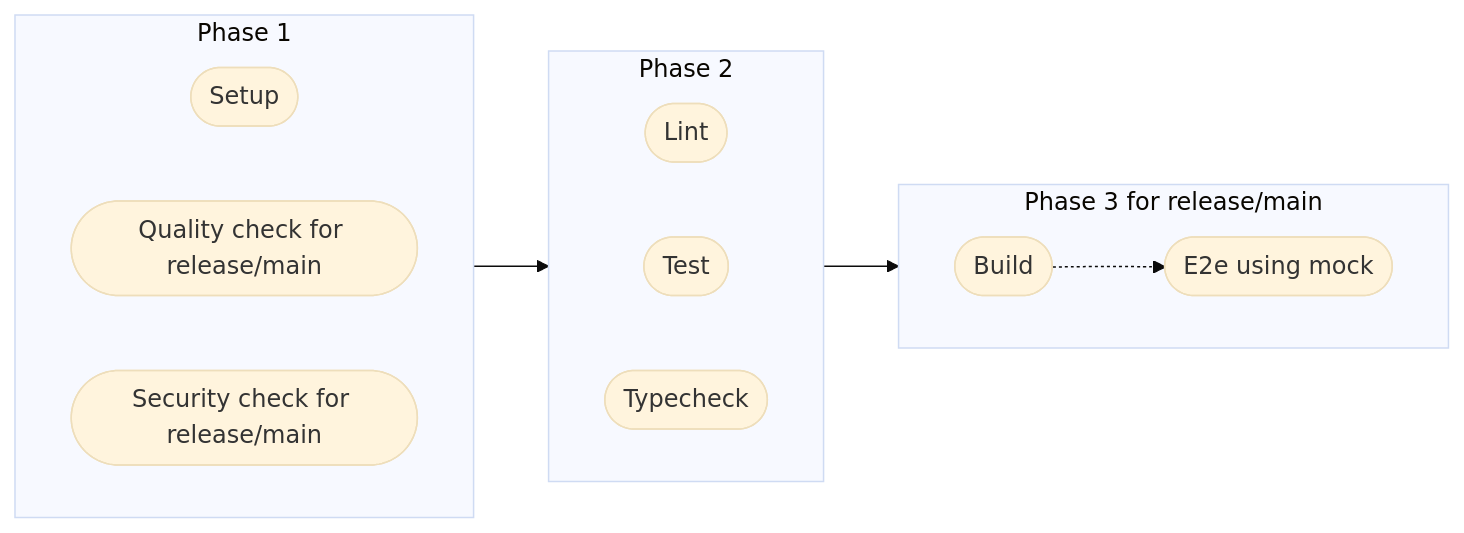
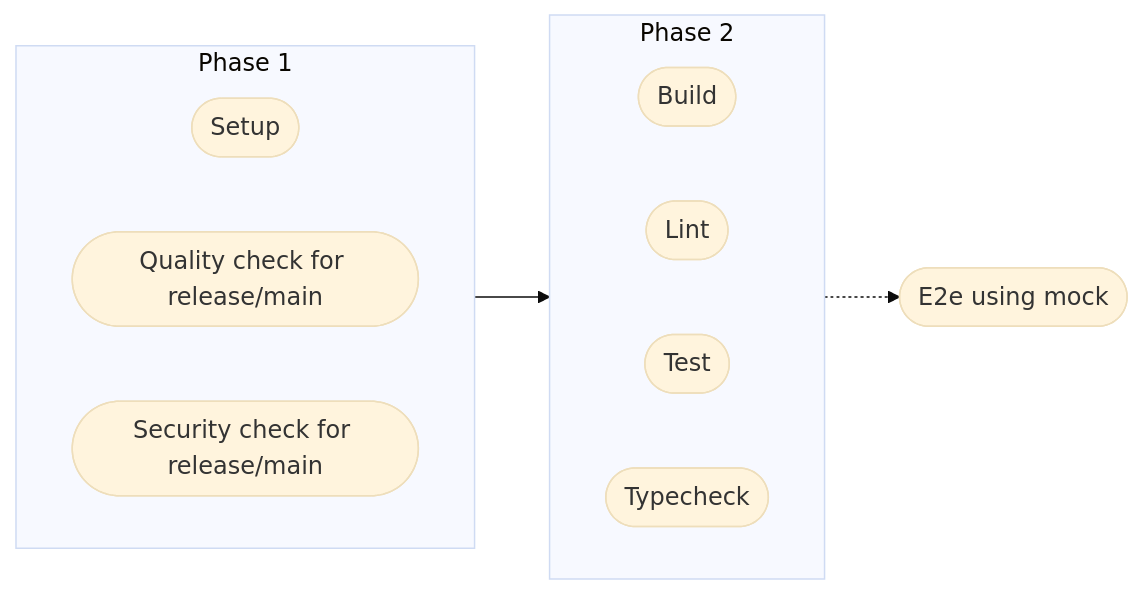
One commit to gnowth/gnowth changed the third of 11 diagrams in docs/pipeline.md. Above: the diagram before and after it, drawn with Mermaid (base theme). The commit also changed other lines of this file and 3 other files, not shown here.

Commit message:
fix: onpush pipeline to build at phase2

````diff
--- a/docs/pipeline.md
+++ b/docs/pipeline.md
@@ -66,29 +66,25 @@
 ```mermaid
   flowchart LR
     BUILD([Build])
     E2EMOCK([E2e using mock])
 
     subgraph PHASE1[Phase 1]
       direction RL
 
       SETUP([Setup])
       QUALITY([Quality check for release/main])
       SECURITY([Security check for release/main])
     end
 
     subgraph PHASE2[Phase 2]
-      direction RL
+      direction LR
 
+      BUILD
       LINT([Lint])
       TEST([Test])
       TYPECHECK([Typecheck])
     end
 
-    subgraph PHASE3[Phase 3 for release/main]
-      direction LR
-
-      BUILD -.-> E2EMOCK
-    end
-
-    PHASE1 --> PHASE2 --> PHASE3
+    PHASE1 --> PHASE2
+    BUILD -.-> E2EMOCK
 ```
````
